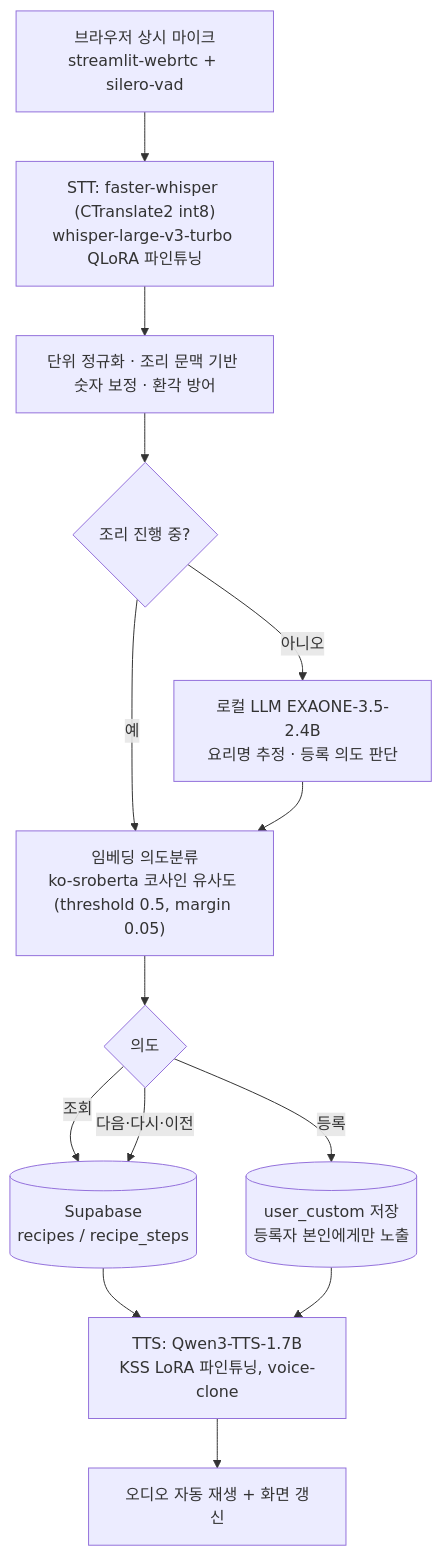
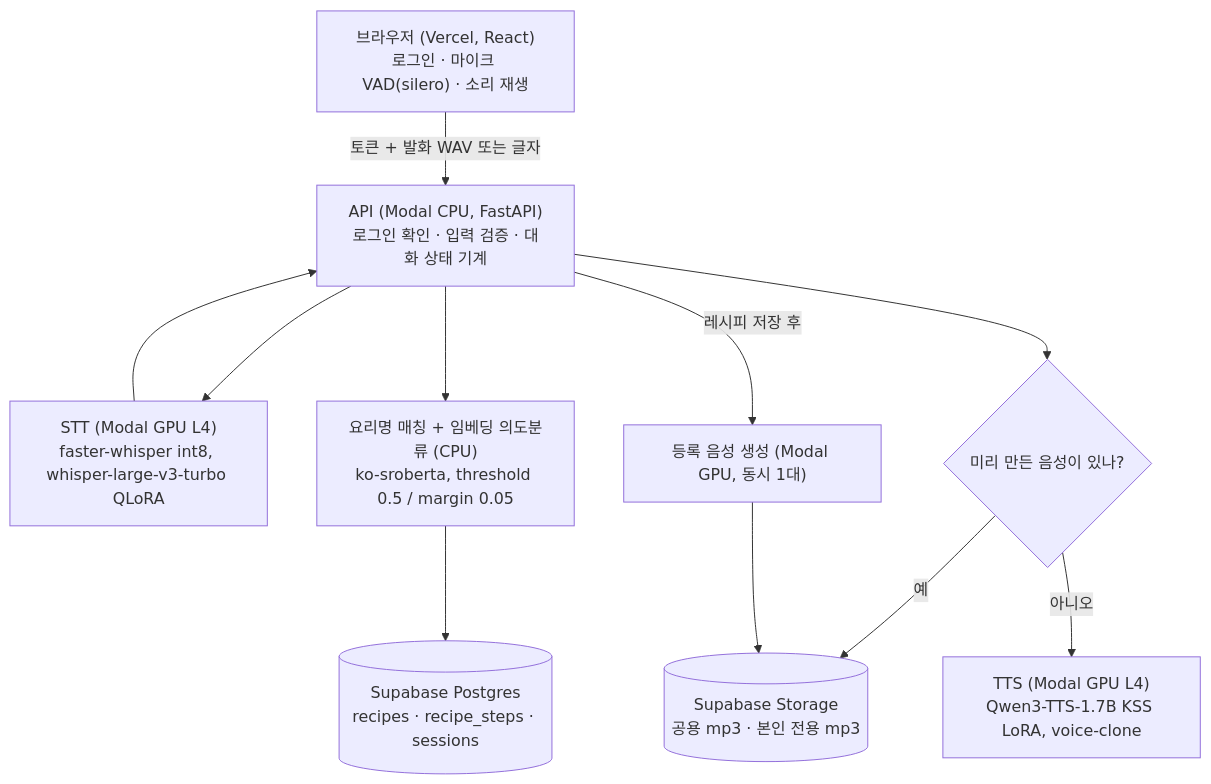
One commit to chefear-team/ChefEar_ai changed the diagram in README.md. Above: the diagram before and after it, drawn with Mermaid. The commit also changed other lines of this file and 23 other files, not shown here.

````diff
--- a/README.md
+++ b/README.md
@@ -80,16 +66,12 @@
 ```mermaid
 flowchart TD
-    A["브라우저 상시 마이크<br/>streamlit-webrtc + silero-vad"] --> B["STT: faster-whisper (CTranslate2 int8)<br/>whisper-large-v3-turbo QLoRA 파인튜닝"]
-    B --> C["단위 정규화 · 조리 문맥 기반 숫자 보정 · 환각 방어"]
-    C --> D{"조리 진행 중?"}
-    D -- 아니오 --> E["로컬 LLM EXAONE-3.5-2.4B<br/>요리명 추정 · 등록 의도 판단"]
-    D -- 예 --> F
-    E --> F["임베딩 의도분류<br/>ko-sroberta 코사인 유사도 (threshold 0.5, margin 0.05)"]
-    F --> G{"의도"}
-    G -- 조회 --> H[("Supabase<br/>recipes / recipe_steps")]
-    G -- "다음·다시·이전" --> H
-    G -- 등록 --> I[("user_custom 저장<br/>등록자 본인에게만 노출")]
-    H --> J["TTS: Qwen3-TTS-1.7B<br/>KSS LoRA 파인튜닝, voice-clone"]
-    I --> J
-    J --> K["오디오 자동 재생 + 화면 갱신"]
+    U["브라우저 (Vercel, React)<br/>로그인 · 마이크 VAD(silero) · 소리 재생"] -->|"토큰 + 발화 WAV 또는 글자"| API["API (Modal CPU, FastAPI)<br/>로그인 확인 · 입력 검증 · 대화 상태 기계"]
+    API --> STT["STT (Modal GPU L4)<br/>faster-whisper int8, whisper-large-v3-turbo QLoRA"]
+    STT --> API
+    API --> M["요리명 매칭 + 임베딩 의도분류 (CPU)<br/>ko-sroberta, threshold 0.5 / margin 0.05"]
+    M --> DB[("Supabase Postgres<br/>recipes · recipe_steps · sessions")]
+    API --> Q{"미리 만든 음성이 있나?"}
+    Q -- 예 --> S[("Supabase Storage<br/>공용 mp3 · 본인 전용 mp3")]
+    Q -- 아니오 --> TTS["TTS (Modal GPU L4)<br/>Qwen3-TTS-1.7B KSS LoRA, voice-clone"]
+    API -->|"레시피 저장 후"| RA["등록 음성 생성 (Modal GPU, 동시 1대)"] --> S
 ```
````
